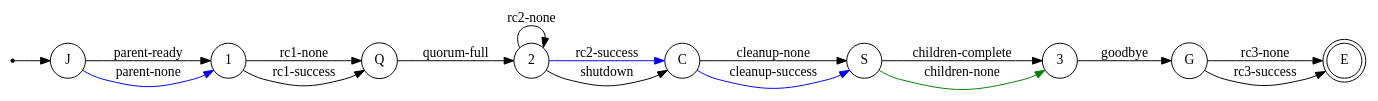
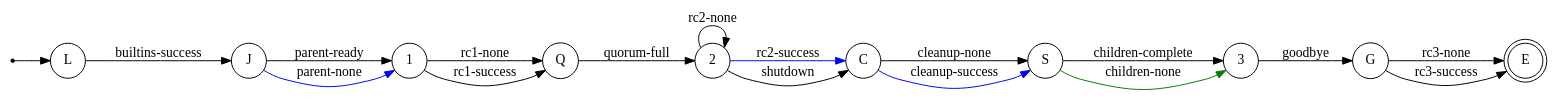
The diagram in doc/guide/images/states_norm.dot (flux-framework/flux-core), drawn with Graphviz before and after one commit. The commit also changed 2 other files, not shown here.

```diff
--- a/doc/guide/images/states_norm.dot
+++ b/doc/guide/images/states_norm.dot
@@ -1,26 +1,27 @@
 // Usage: dot -Tpng file.dot -o file.png
 
 digraph finite_state_machine {
     rankdir=LR;
 
-    node [shape = point ]; N
+    node [shape = point ]; Start
     node [shape = doublecircle ]; E
 
     node [shape = circle];
-    N -> J;
+    Start -> L;
+    L -> J [ label = "builtins-success" ];
     J -> 1 [ label = "parent-ready" ];
     J -> 1 [ label = "parent-none", color = "blue" ];
     1 -> Q [ label = "rc1-none" ];
     1 -> Q [ label = "rc1-success" ];
     Q -> 2 [ label = "quorum-full" ];
     2 -> 2 [ label = "rc2-none" ];
     2 -> C [ label = "rc2-success", color = "blue" ];
     2 -> C [ label = "shutdown" ];
     C -> S [ label = "cleanup-none" ];
     C -> S [ label = "cleanup-success", color = "blue" ];
     S -> 3 [ label = "children-complete" ];
     S -> 3 [ label = "children-none", color = "green" ];
     3 -> G [ label = "goodbye" ];
     G -> E [ label = "rc3-none" ];
     G -> E [ label = "rc3-success" ];
 }
```
